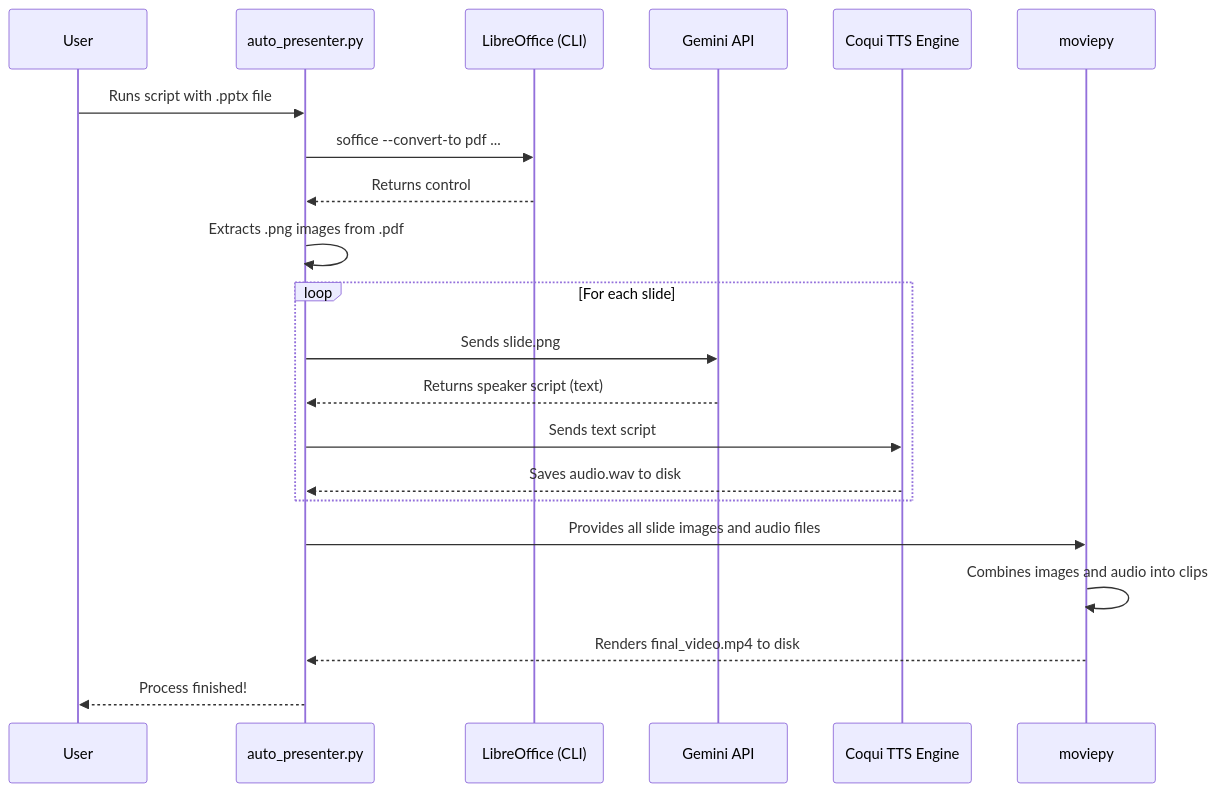
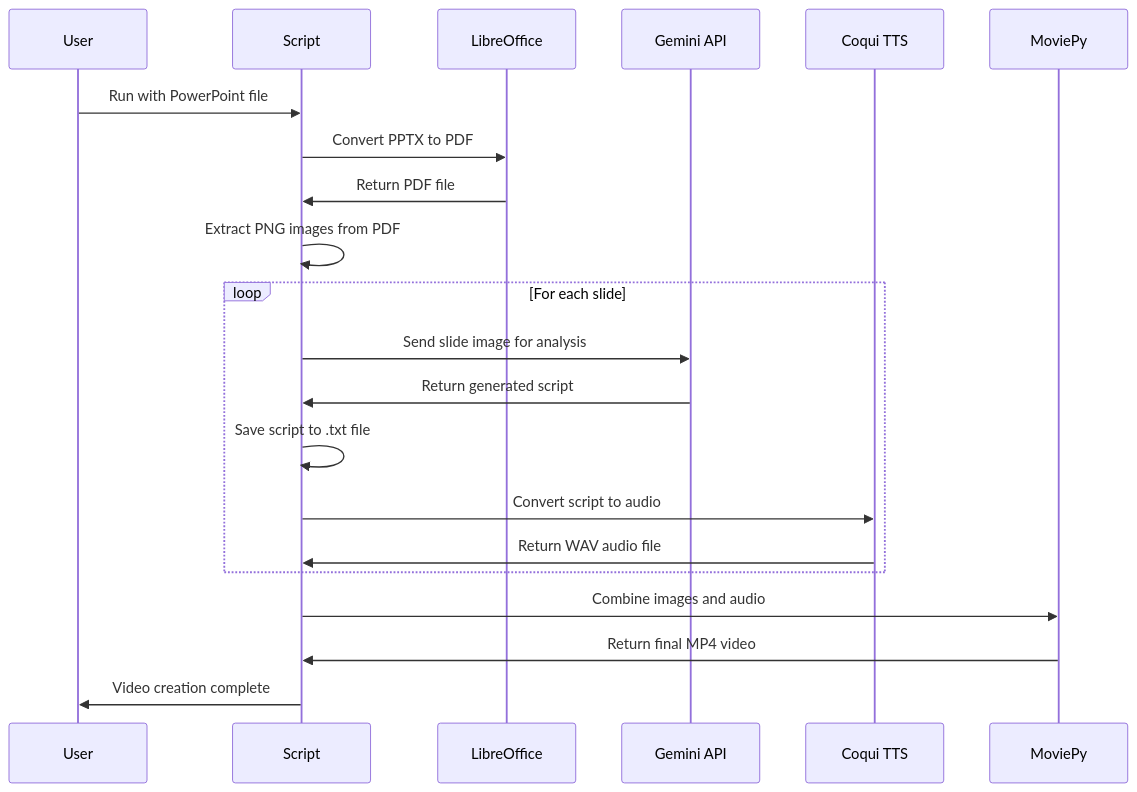
Before and after one commit to danielcregg/powerpoint-to-video: the fourth of 7 diagrams in README.md, drawn with Mermaid. The commit also changed other lines of this file, not shown here.

Commit message:
Revise README.md to enhance clarity and detail; update project description, features, architecture overview, and usage instructions for improved user guidance

````diff
--- a/README.md
+++ b/README.md
@@ -92,26 +152,26 @@
 ```mermaid
 sequenceDiagram
-    participant User
-    participant Script as auto_presenter.py
-    participant LibreOffice (CLI)
-    participant Gemini API
-    participant Coqui TTS Engine
-    participant moviepy
+    participant U as User
+    participant S as Script
+    participant L as LibreOffice
+    participant G as Gemini API
+    participant T as Coqui TTS
+    participant M as MoviePy
 
-    User->>Script: Runs script with .pptx file
-    Script->>LibreOffice (CLI): soffice --convert-to pdf ...
-    LibreOffice (CLI)-->>Script: Returns control
-    Script->>Script: Extracts .png images from .pdf
+    U->>S: Run with PowerPoint file
+    S->>L: Convert PPTX to PDF
+    L->>S: Return PDF file
+    S->>S: Extract PNG images from PDF
     
     loop For each slide
-        Script->>Gemini API: Sends slide.png
-        Gemini API-->>Script: Returns speaker script (text)
-        Script->>Coqui TTS Engine: Sends text script
-        Coqui TTS Engine-->>Script: Saves audio.wav to disk
+        S->>G: Send slide image for analysis
+        G->>S: Return generated script
+        S->>S: Save script to .txt file
+        S->>T: Convert script to audio
+        T->>S: Return WAV audio file
     end
-
-    Script->>moviepy: Provides all slide images and audio files
-    moviepy->>moviepy: Combines images and audio into clips
-    moviepy-->>Script: Renders final_video.mp4 to disk
-    Script-->>User: Process finished!
+    
+    S->>M: Combine images and audio
+    M->>S: Return final MP4 video
+    S->>U: Video creation complete
 ```
````
